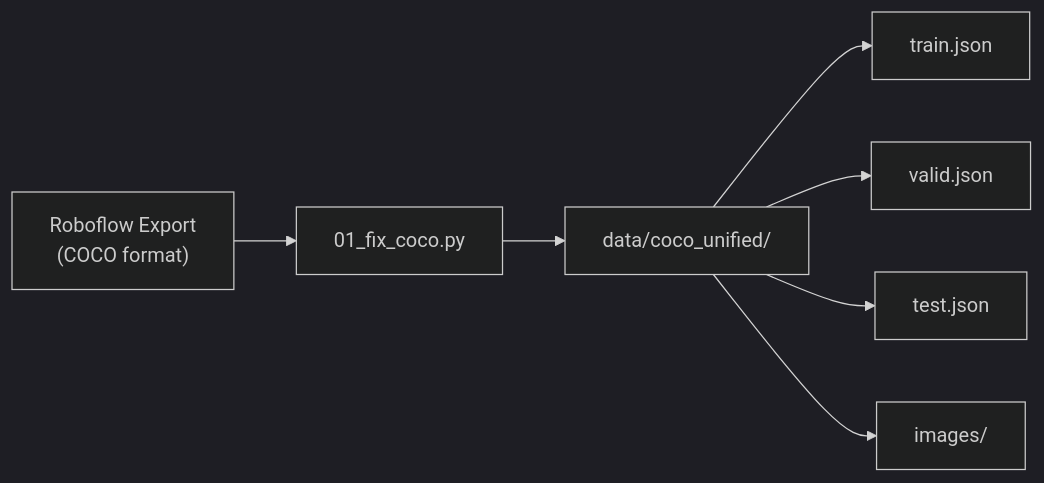
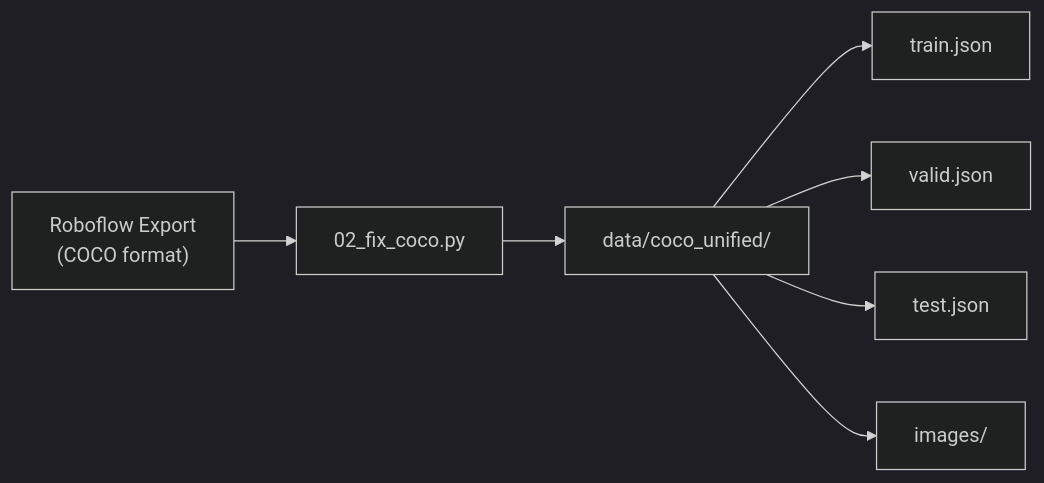
One commit to alexdme1/py_PROYECTO_H changed the second of 4 diagrams in README.md. Above: the diagram before and after it, drawn with Mermaid (dark theme). The commit also changed other lines of this file, not shown here.

````diff
--- a/README.md
+++ b/README.md
@@ -180,9 +205,9 @@
 ```mermaid
 flowchart LR
-    A["Roboflow Export<br/>(COCO format)"] --> B["01_fix_coco.py"]
+    A["Roboflow Export<br/>(COCO format)"] --> B["02_fix_coco.py"]
     B --> C["data/coco_unified/"]
     C --> D["train.json"]
     C --> E["valid.json"]
     C --> F["test.json"]
     C --> G["images/"]
 ```
````
